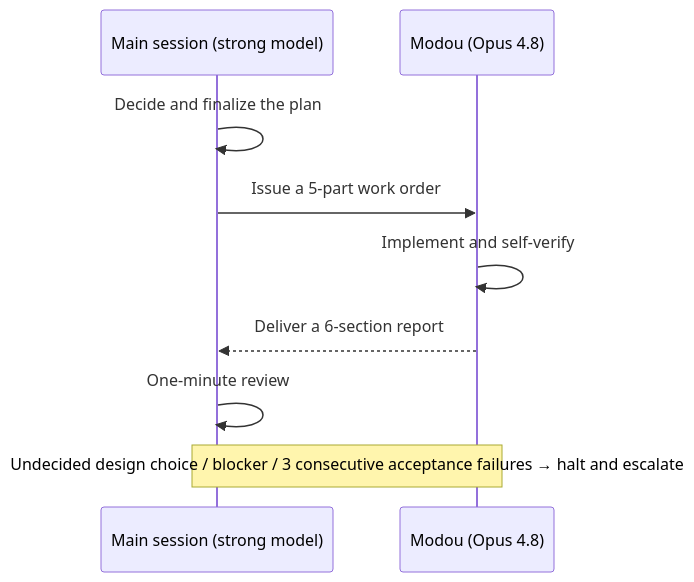
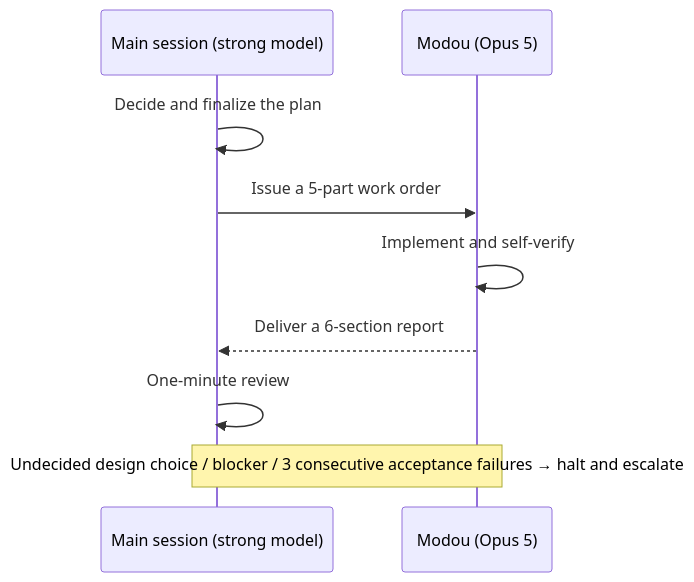
One commit to qq77666766-byte/modou changed the third of 3 diagrams in README.md. Above: the diagram before and after it, drawn with Mermaid. The commit also changed other lines of this file and 2 other files, not shown here.

First line of the commit message:
Add local admin console; update default executor model to Opus 5

````diff
--- a/README.md
+++ b/README.md
@@ -146,11 +171,11 @@
 ```mermaid
 sequenceDiagram
     participant M as Main session (strong model)
-    participant D as Modou (Opus 4.8)
+    participant D as Modou (Opus 5)
     M->>M: Decide and finalize the plan
     M->>D: Issue a 5-part work order
     D->>D: Implement and self-verify
     D-->>M: Deliver a 6-section report
     M->>M: One-minute review
     Note over D,M: Undecided design choice / blocker / 3 consecutive acceptance failures → halt and escalate
 ```
````
